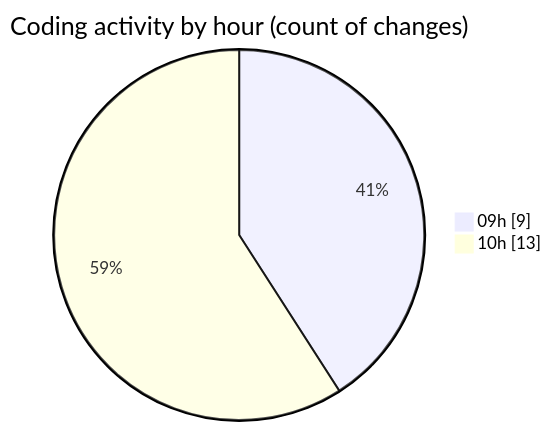
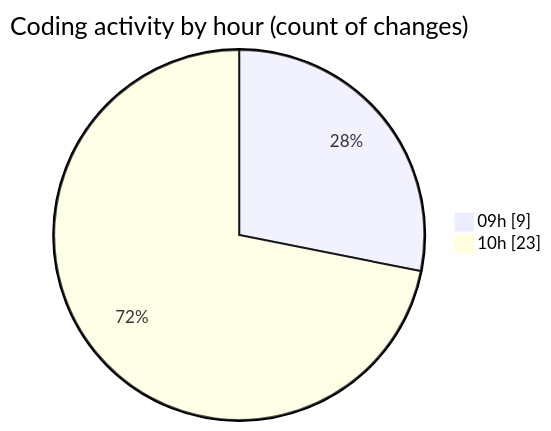
Before and after one commit to momahboobian/code-tracking: the second of 2 diagrams in 2025-06-06/cda/README.md, drawn with Mermaid. The commit also changed other lines of this file and 1 other file, not shown here.

````diff
--- a/2025-06-06/cda/README.md
+++ b/2025-06-06/cda/README.md
@@ -33,6 +33,6 @@
 ```mermaid
 pie showData
 title Coding activity by hour (count of changes)
 "09h" : 9
-"10h" : 13
+"10h" : 23
 ```
````
